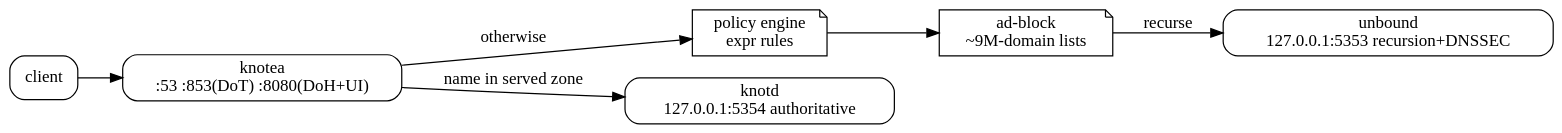
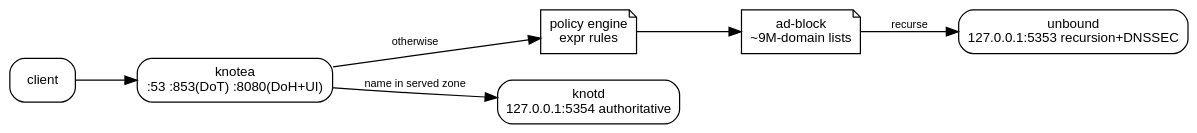
The diagram in src/content/docs/reference/knotea-self-hosted-dns.mdx (erfianugrah/lexicanum), drawn with Graphviz before and after one commit. The commit also changed other lines of this file and 104 other files, not shown here.

````diff
--- a/src/content/docs/reference/knotea-self-hosted-dns.mdx
+++ b/src/content/docs/reference/knotea-self-hosted-dns.mdx
@@ -32,18 +32,19 @@
 ```dot
 digraph query {
-  bgcolor="transparent";
-  rankdir=LR;
-  node [shape=box, style=rounded];
+  rankdir=LR; bgcolor="transparent"; nodesep=0.3; ranksep=0.7;
+  fontname="Helvetica,Arial,sans-serif";
+  node [fontname="Helvetica,Arial,sans-serif", fontsize=11, shape=box, style=rounded];
+  edge [fontname="Helvetica,Arial,sans-serif", fontsize=9];
   client [label="client"];
   knotea [label="knotea\n:53 :853(DoT) :8080(DoH+UI)"];
   policy [label="policy engine\nexpr rules", shape=note];
   block [label="ad-block\n~9M-domain lists", shape=note];
   unbound [label="unbound\n127.0.0.1:5353 recursion+DNSSEC"];
   knotd [label="knotd\n127.0.0.1:5354 authoritative"];
   client -> knotea;
   knotea -> knotd [label="name in served zone"];
   knotea -> policy [label="otherwise"];
   policy -> block;
   block -> unbound [label="recurse"];
 }
 ```
````
